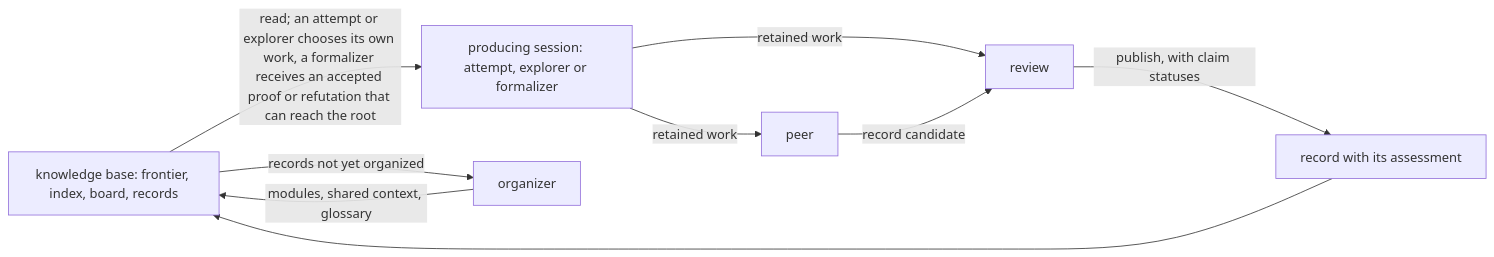
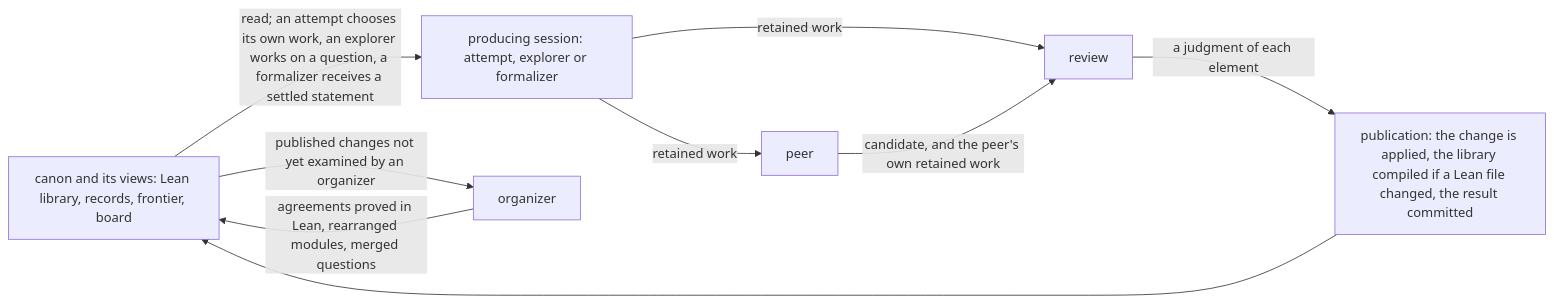
The diagram in README.md (MegasKomnenos/do-math), drawn with Mermaid before and after one commit. The commit also changed other lines of this file and 28 other files, not shown here.

````diff
--- a/README.md
+++ b/README.md
@@ -53,17 +114,17 @@
 ```mermaid
 flowchart LR
-  KB["knowledge base: frontier, index, board, records"]
+  KB["canon and its views: Lean library, records, frontier, board"]
   P["producing session: attempt, explorer or formalizer"]
   PR["peer"]
   RV["review"]
-  REC["record with its assessment"]
+  PUB["publication: the change is applied, the library compiled if a Lean file changed, the result committed"]
   ORG["organizer"]
-  KB -- "read; an attempt or explorer chooses its own work, a formalizer receives an accepted proof or refutation that can reach the root" --> P
+  KB -- "read; an attempt chooses its own work, an explorer works on a question, a formalizer receives a settled statement" --> P
   P -- "retained work" --> PR
   P -- "retained work" --> RV
-  PR -- "record candidate" --> RV
-  RV -- "publish, with claim statuses" --> REC
-  REC --> KB
-  KB -- "records not yet organized" --> ORG
-  ORG -- "modules, shared context, glossary" --> KB
+  PR -- "candidate, and the peer's own retained work" --> RV
+  RV -- "a judgment of each element" --> PUB
+  PUB --> KB
+  KB -- "published changes not yet examined by an organizer" --> ORG
+  ORG -- "agreements proved in Lean, rearranged modules, merged questions" --> KB
 ```
````
